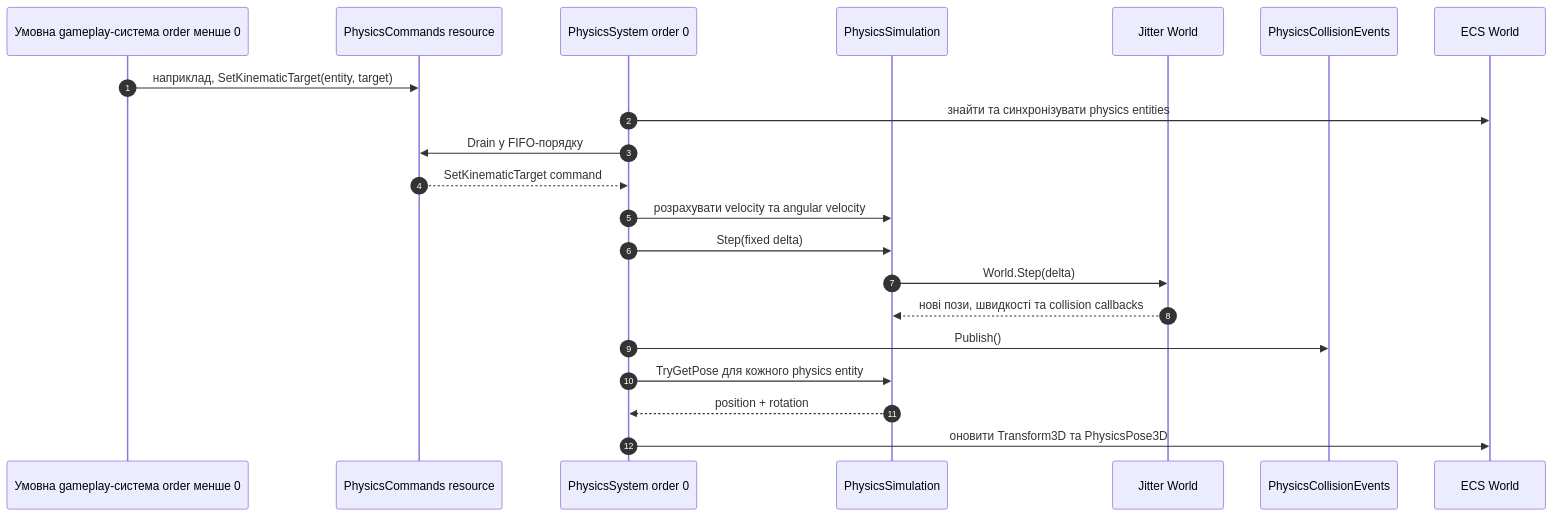
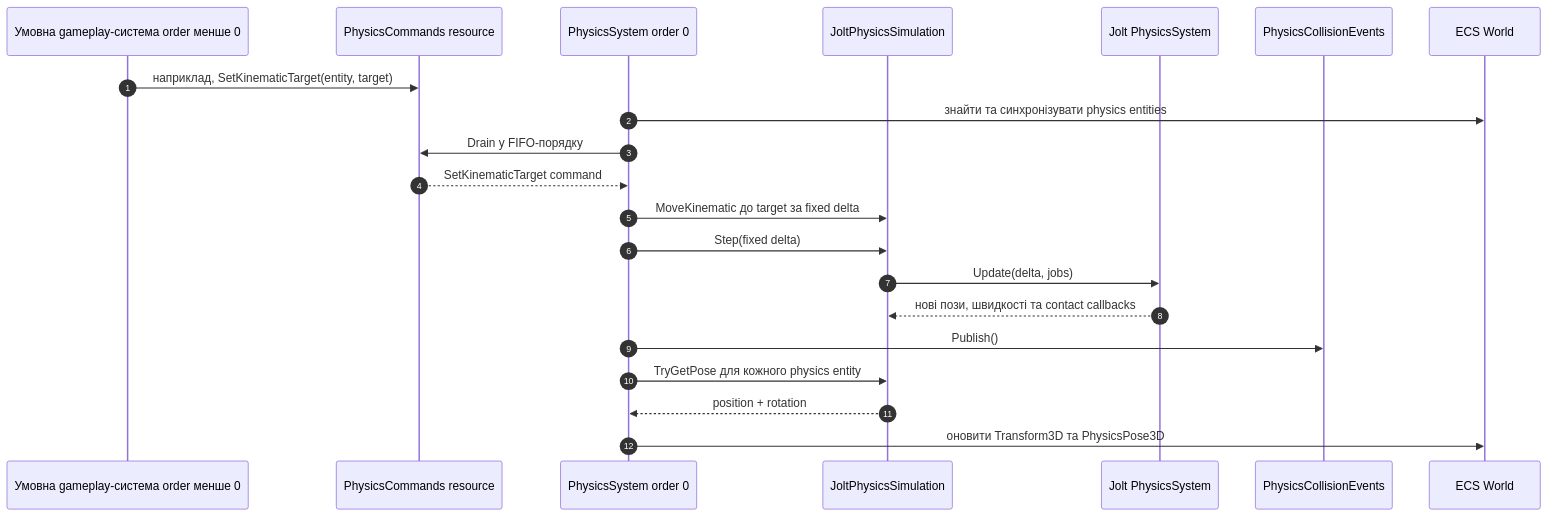
The first of 3 diagrams in docs/diagrams/05-physics-fixed-step.md (7wai7/MonoGame-project), drawn with Mermaid before and after one commit. The commit also changed other lines of this file and 47 other files, not shown here.

Commit message:
feat(terrain): add streamed EXR terrain and Jolt heightfield physics - Added landscape based on EXR maps, chunks, and streaming rendering with LOD. - Replaced Jitter2 with Jolt; added heightfield colliders around the camera and moving bodies. - Added performance metrics and a physics smoke test.

```diff
--- a/docs/diagrams/05-physics-fixed-step.md
+++ b/docs/diagrams/05-physics-fixed-step.md
@@ -5,24 +5,24 @@
 ~~~mermaid
 sequenceDiagram
     autonumber
     participant K as Умовна gameplay-система order менше 0
     participant C as PhysicsCommands resource
     participant P as PhysicsSystem order 0
-    participant S as PhysicsSimulation
-    participant J as Jitter World
+    participant S as JoltPhysicsSimulation
+    participant J as Jolt PhysicsSystem
     participant E as PhysicsCollisionEvents
     participant W as ECS World
 
     K->>C: наприклад, SetKinematicTarget(entity, target)
     P->>W: знайти та синхронізувати physics entities
     P->>C: Drain у FIFO-порядку
     C-->>P: SetKinematicTarget command
-    P->>S: розрахувати velocity та angular velocity
+    P->>S: MoveKinematic до target за fixed delta
     P->>S: Step(fixed delta)
-    S->>J: World.Step(delta)
-    J-->>S: нові пози, швидкості та collision callbacks
+    S->>J: Update(delta, jobs)
+    J-->>S: нові пози, швидкості та contact callbacks
     P->>E: Publish()
     P->>S: TryGetPose для кожного physics entity
     S-->>P: position + rotation
     P->>W: оновити Transform3D та PhysicsPose3D
 ~~~
```
